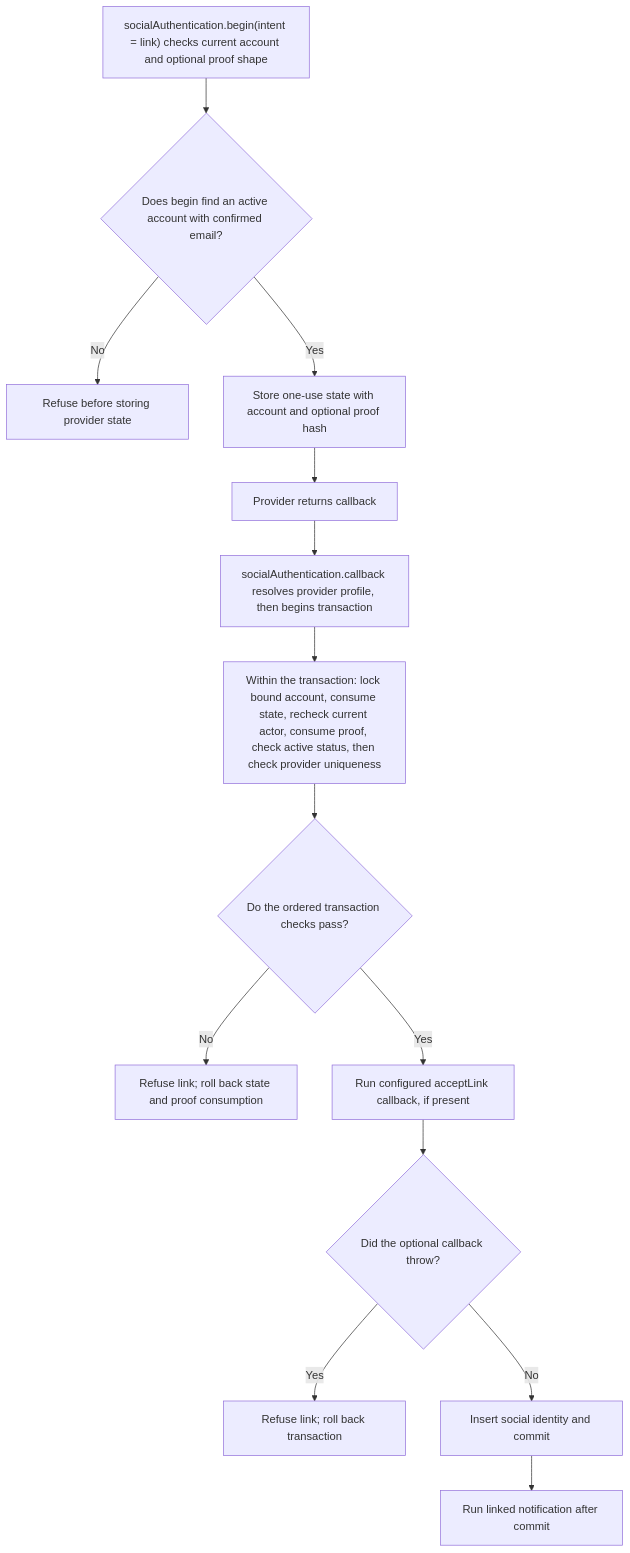
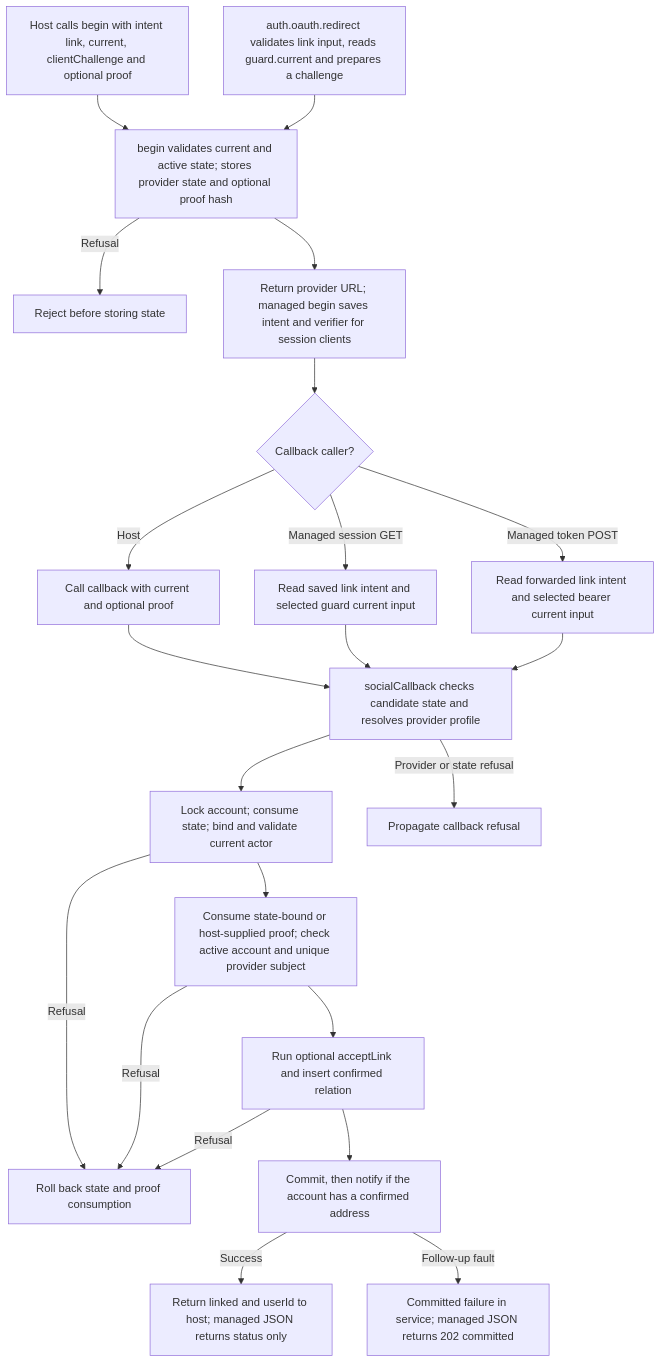
Before and after one commit to Kevinjohn/oss-adonisjs-account-kit: the second of 2 diagrams in user-stories/US-ACCOUNT-21-link-social-identity.md, drawn with Mermaid. The commit also changed other lines of this file and 70 other files, not shown here.

Commit message:
Refresh the Account Kit user story catalogue for 0.6.0

````diff
--- a/user-stories/US-ACCOUNT-21-link-social-identity.md
+++ b/user-stories/US-ACCOUNT-21-link-social-identity.md
@@ -36,16 +38,24 @@
 ```mermaid
 flowchart TD
- A["socialAuthentication.begin(intent = link) checks current account and optional proof shape"] --> B{"Does begin find an active account with confirmed email?"}
- B -->|No| C["Refuse before storing provider state"]
- B -->|Yes| D["Store one-use state with account and optional proof hash"]
- D --> E["Provider returns callback"]
- E --> F["socialAuthentication.callback resolves provider profile, then begins transaction"]
- F --> G["Within the transaction: lock bound account, consume state, recheck current actor, consume proof, check active status, then check provider uniqueness"]
- G --> H{"Do the ordered transaction checks pass?"}
- H -->|No| I["Refuse link; roll back state and proof consumption"]
- H -->|Yes| J["Run configured acceptLink callback, if present"]
- J --> K{"Did the optional callback throw?"}
- K -->|Yes| L["Refuse link; roll back transaction"]
- K -->|No| M["Insert social identity and commit"]
- M --> N["Run linked notification after commit"]
+ A["Host calls begin with intent link, current, clientChallenge and optional proof"] --> C
+ M["auth.oauth.redirect validates link input, reads guard.current and prepares a challenge"] --> C
+ C["begin validates current and active state; stores provider state and optional proof hash"] -->|Refusal| E["Reject before storing state"]
+ C --> U["Return provider URL; managed begin saves intent and verifier for session clients"]
+ U --> S{"Callback caller?"}
+ S -->|Host| H["Call callback with current and optional proof"]
+ S -->|Managed session GET| MG["Read saved link intent and selected guard current input"]
+ S -->|Managed token POST| MT["Read forwarded link intent and selected bearer current input"]
+ H --> B
+ MG --> B
+ MT --> B
+ B["socialCallback checks candidate state and resolves provider profile"] --> T["Lock account; consume state; bind and validate current actor"]
+ T --> P["Consume state-bound or host-supplied proof; check active account and unique provider subject"]
+ P --> L["Run optional acceptLink and insert confirmed relation"]
+ B -->|Provider or state refusal| X["Propagate callback refusal"]
+ T -->|Refusal| R["Roll back state and proof consumption"]
+ P -->|Refusal| R
+ L -->|Refusal| R
+ L --> F["Commit, then notify if the account has a confirmed address"]
+ F -->|Success| O["Return linked and userId to host; managed JSON returns status only"]
+ F -->|Follow-up fault| Y["Committed failure in service; managed JSON returns 202 committed"]
 ```
````
